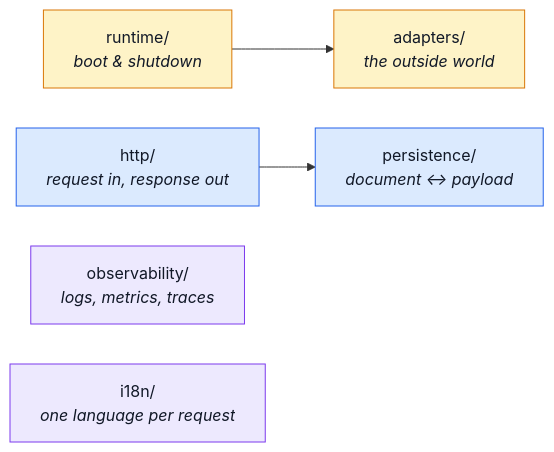
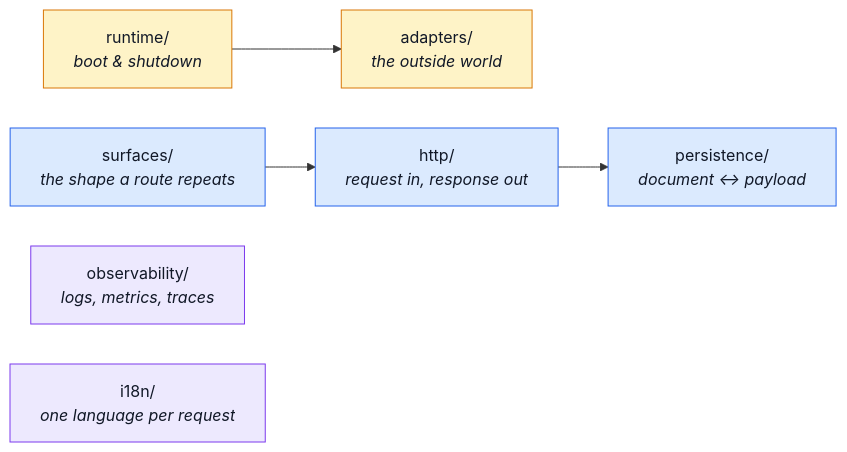
One commit to Guebbit/boilerplate-node-backend changed the diagram in docs/reference/src-infrastructure.md. Above: the diagram before and after it, drawn with Mermaid. The commit also changed other lines of this file and 1 other file, not shown here.

First line of the commit message:
docs(infrastructure): give surfaces/ its row in both folder maps

````diff
--- a/docs/reference/src-infrastructure.md
+++ b/docs/reference/src-infrastructure.md
@@ -13,15 +13,16 @@
 ```mermaid
 %%{init: {'flowchart': {'nodeSpacing': 40, 'rankSpacing': 50}}}%%
 flowchart LR
     Runtime["runtime/<br/><i>boot & shutdown</i>"] --> Adapters["adapters/<br/><i>the outside world</i>"]
-    Http["http/<br/><i>request in, response out</i>"] --> Persist["persistence/<br/><i>document ↔ payload</i>"]
+    Surfaces["surfaces/<br/><i>the shape a route repeats</i>"] --> Http["http/<br/><i>request in, response out</i>"]
+    Http --> Persist["persistence/<br/><i>document ↔ payload</i>"]
     Obs["observability/<br/><i>logs, metrics, traces</i>"]
     I18n["i18n/<br/><i>one language per request</i>"]
 
     classDef a fill:#fef3c7,stroke:#d97706,color:#111827;
     classDef b fill:#dbeafe,stroke:#2563eb,color:#111827;
     classDef c fill:#ede9fe,stroke:#7c3aed,color:#111827;
     class Runtime,Adapters a;
-    class Http,Persist b;
+    class Http,Persist,Surfaces b;
     class Obs,I18n c;
 ```
````
